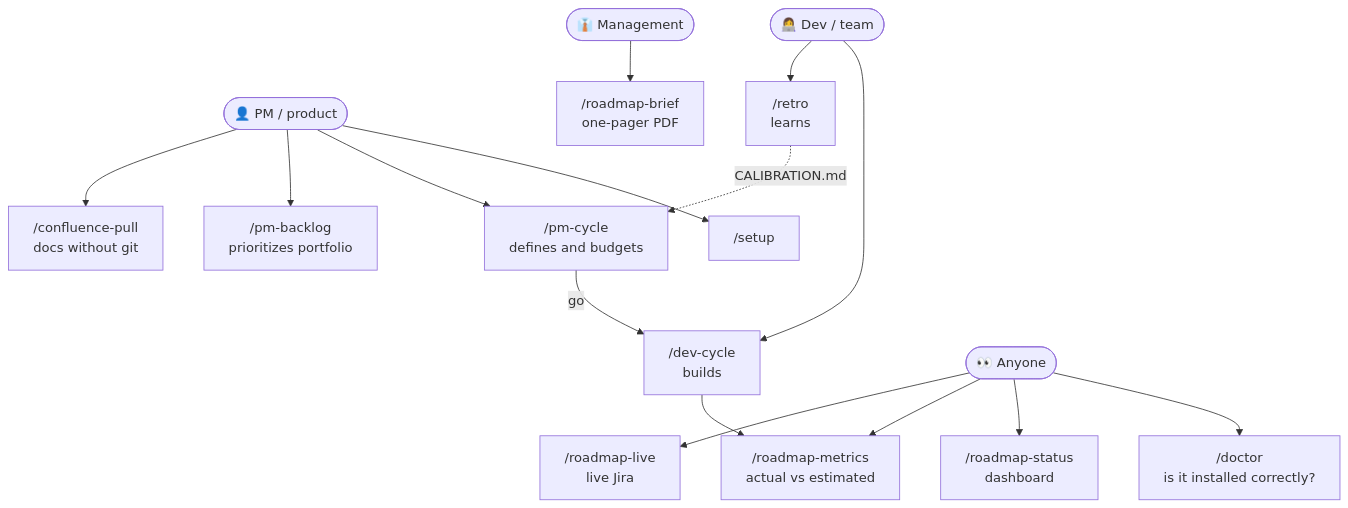
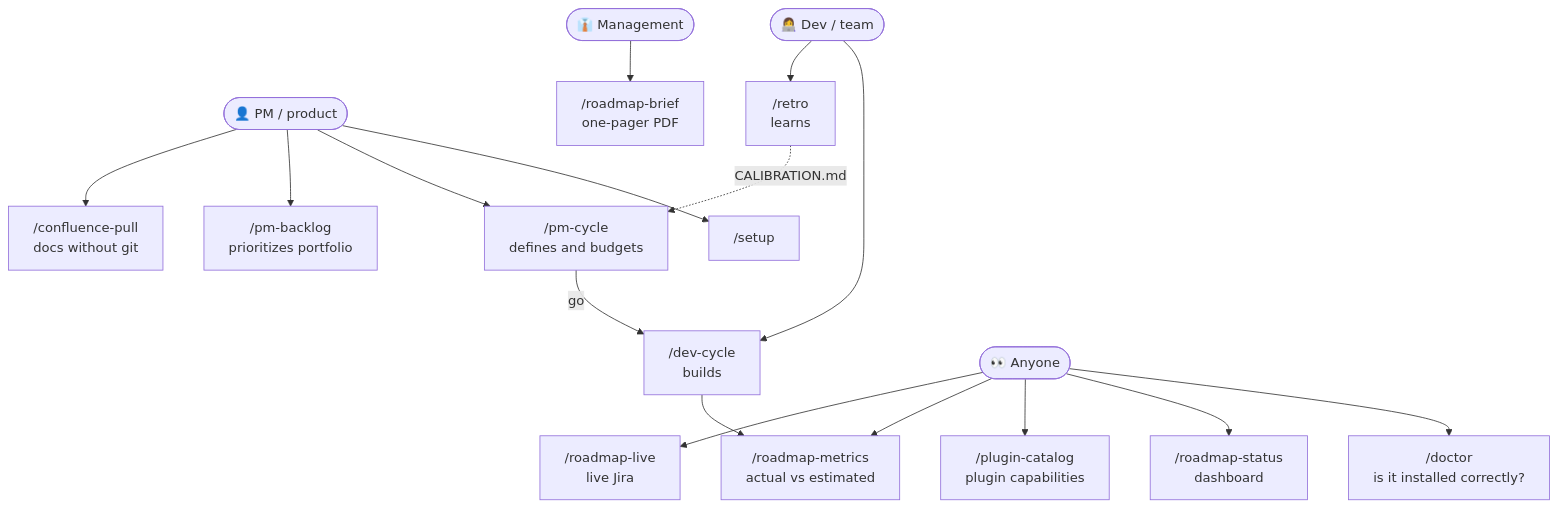
One commit to daycry/custom-agents changed the first of 13 diagrams in docs/en/FLOWS.md. Above: the diagram before and after it, drawn with Mermaid. The commit also changed other lines of this file and 62 other files, not shown here.

Commit message:
feat: integrate selective ECC capabilities and assess Graphify memory

````diff
--- a/docs/en/FLOWS.md
+++ b/docs/en/FLOWS.md
@@ -12,17 +12,18 @@
 ```mermaid
 flowchart TD
     PM(["👤 PM / product"]) --> S0["/setup"]
     PM --> P1["/pm-cycle<br/>defines and budgets"]
     PM --> P2["/pm-backlog<br/>prioritizes portfolio"]
     PM --> P3["/confluence-pull<br/>docs without git"]
     DEV(["👩‍💻 Dev / team"]) --> D1["/dev-cycle<br/>builds"]
     DEV --> D2["/retro<br/>learns"]
     DIR(["👔 Management"]) --> V1["/roadmap-brief<br/>one-pager PDF"]
     TODOS(["👀 Anyone"]) --> V0["/doctor<br/>is it installed correctly?"]
     TODOS --> V2["/roadmap-status<br/>dashboard"]
+    TODOS --> V5["/plugin-catalog<br/>plugin capabilities"]
     TODOS --> V3["/roadmap-metrics<br/>actual vs estimated"]
     TODOS --> V4["/roadmap-live<br/>live Jira"]
     P1 -->|go| D1
     D1 --> V3
     D2 -.->|CALIBRATION.md| P1
 ```
````
